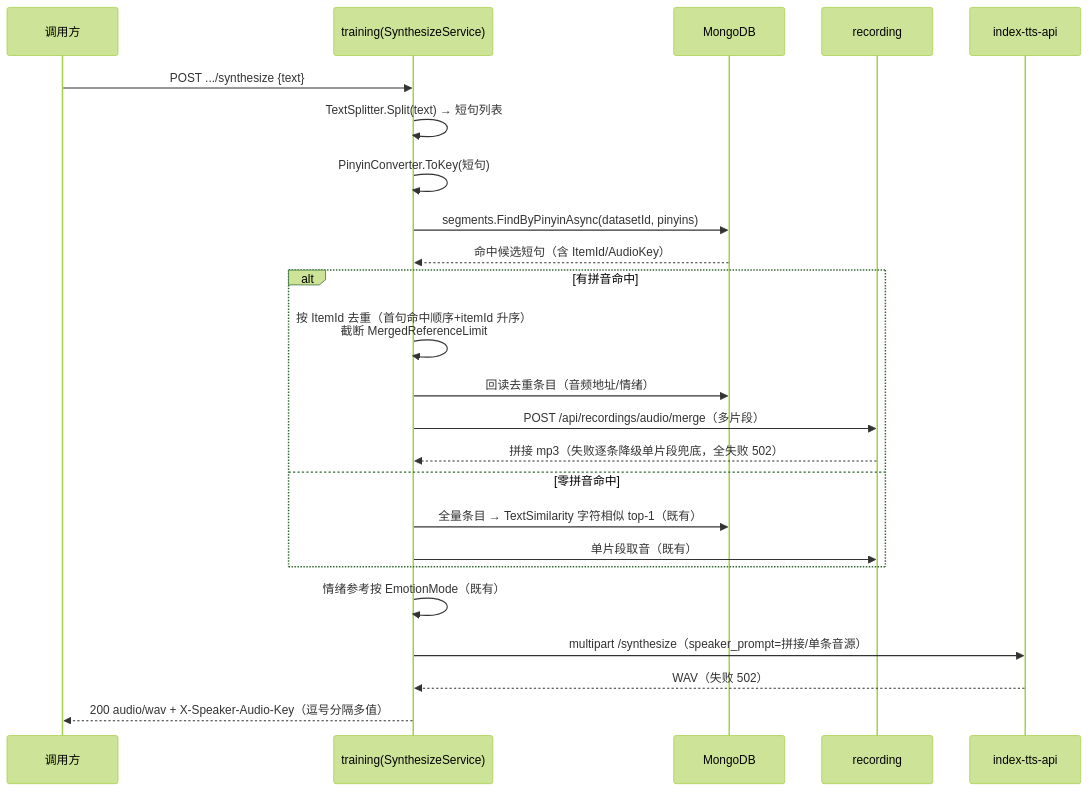
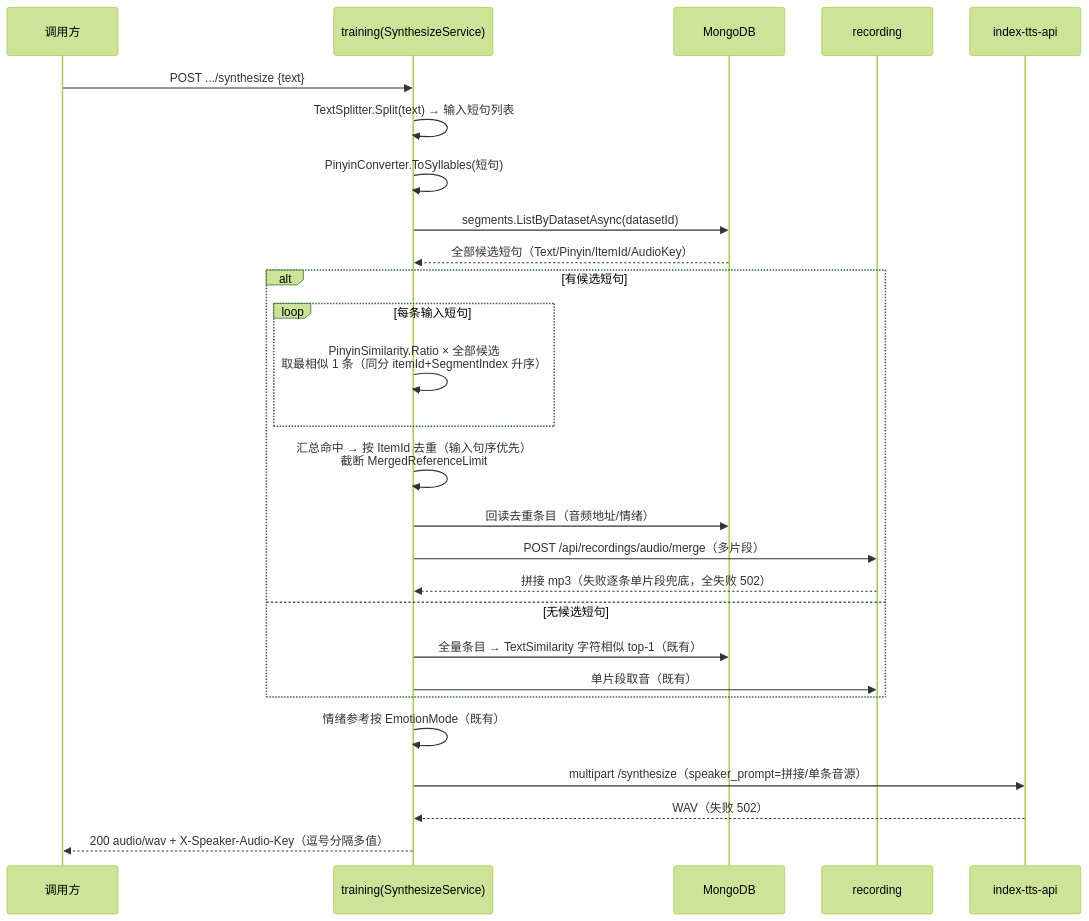
The second of 3 diagrams in docs/engineering/proposals/20261001-proposal-training-synthesize-pinyin-match.md (Deliay/z-vtuber), drawn with Mermaid (forest theme) before and after one commit. The commit also changed other lines of this file and 1 other file, not shown here.

````diff
--- a/docs/engineering/proposals/20261001-proposal-training-synthesize-pinyin-match.md
+++ b/docs/engineering/proposals/20261001-proposal-training-synthesize-pinyin-match.md
@@ -177,27 +184,30 @@
 ```mermaid
 sequenceDiagram
     participant C as 调用方
     participant T as training(SynthesizeService)
     participant M as MongoDB
     participant R as recording
     participant S as index-tts-api
 
     C->>T: POST .../synthesize {text}
-    T->>T: TextSplitter.Split(text) → 短句列表
-    T->>T: PinyinConverter.ToKey(短句)
-    T->>M: segments.FindByPinyinAsync(datasetId, pinyins)
-    M-->>T: 命中候选短句（含 ItemId/AudioKey）
-    alt 有拼音命中
-        T->>T: 按 ItemId 去重（首句命中顺序+itemId 升序）<br/>截断 MergedReferenceLimit
+    T->>T: TextSplitter.Split(text) → 输入短句列表
+    T->>T: PinyinConverter.ToSyllables(短句)
+    T->>M: segments.ListByDatasetAsync(datasetId)
+    M-->>T: 全部候选短句（Text/Pinyin/ItemId/AudioKey）
+    alt 有候选短句
+        loop 每条输入短句
+            T->>T: PinyinSimilarity.Ratio × 全部候选<br/>取最相似 1 条（同分 itemId+SegmentIndex 升序）
+        end
+        T->>T: 汇总命中 → 按 ItemId 去重（输入句序优先）<br/>截断 MergedReferenceLimit
         T->>M: 回读去重条目（音频地址/情绪）
         T->>R: POST /api/recordings/audio/merge（多片段）
-        R-->>T: 拼接 mp3（失败逐条降级单片段兜底，全失败 502）
-    else 零拼音命中
+        R-->>T: 拼接 mp3（失败逐条单片段兜底，全失败 502）
+    else 无候选短句
         T->>M: 全量条目 → TextSimilarity 字符相似 top-1（既有）
         T->>R: 单片段取音（既有）
     end
     T->>T: 情绪参考按 EmotionMode（既有）
     T->>S: multipart /synthesize（speaker_prompt=拼接/单条音源）
     S-->>T: WAV（失败 502）
     T-->>C: 200 audio/wav + X-Speaker-Audio-Key（逗号分隔多值）
 ```
````
